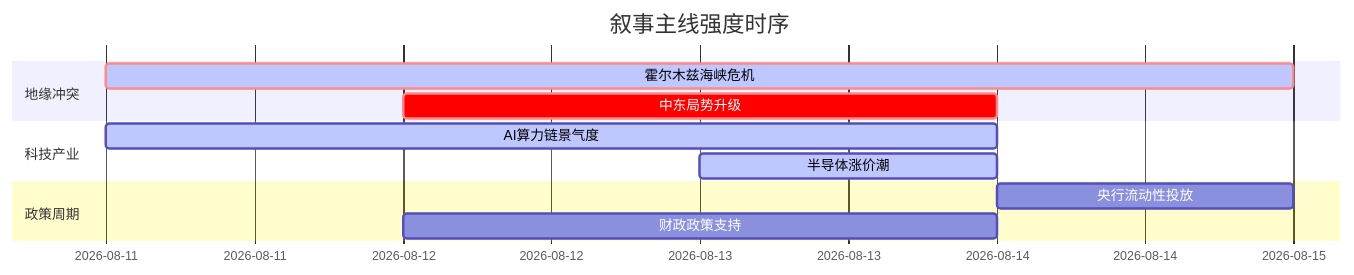
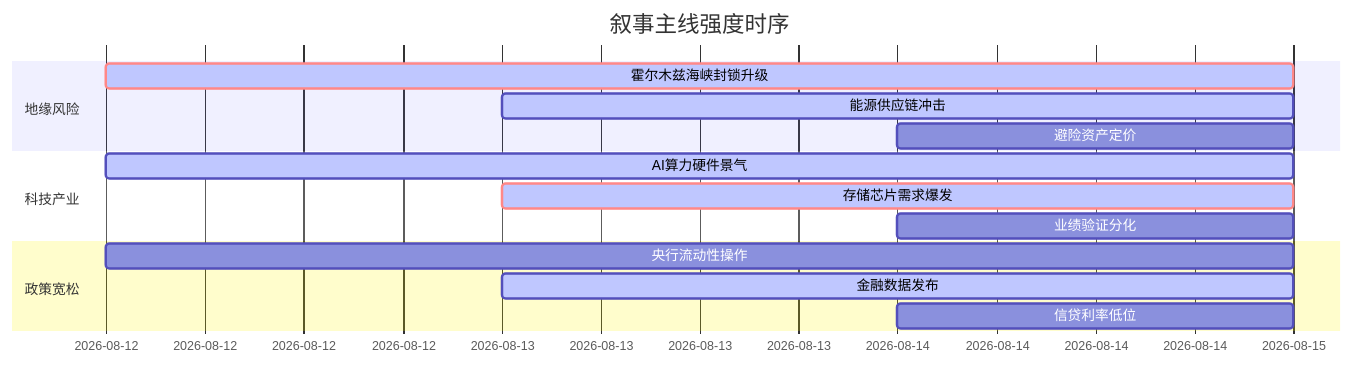
The diagram in 5day_report.md (uu5zn/uu5zn.github.io), drawn with Mermaid before and after one commit. The commit also changed other lines of this file and 24 other files, not shown here.

````diff
--- a/5day_report.md
+++ b/5day_report.md
@@ -58,16 +56,19 @@
 ```mermaid
 gantt
     title 叙事主线强度时序
     dateFormat YYYY-MM-DD
-    section 地缘冲突
-    霍尔木兹海峡危机   :crit, active, 2026-08-11, 4d
-    中东局势升级       :crit, 2026-08-12, 2d
+    section 地缘风险
+    霍尔木兹海峡封锁升级   :crit, active, 2026-08-12, 3d
+    能源供应链冲击   :active, 2026-08-13, 2d
+    避险资产定价   :2026-08-14, 1d
     
     section 科技产业
-    AI算力链景气度     :active, 2026-08-11, 3d
-    半导体涨价潮       :active, 2026-08-13, 1d
+    AI算力硬件景气   :active, 2026-08-12, 3d
+    存储芯片需求爆发   :crit, active, 2026-08-13, 2d
+    业绩验证分化   :2026-08-14, 1d
     
-    section 政策周期
-    央行流动性投放     :2026-08-14, 1d
-    财政政策支持       :2026-08-12, 2d
+    section 政策宽松
+    央行流动性操作   :2026-08-12, 3d
+    金融数据发布   :active, 2026-08-13, 2d
+    信贷利率低位   :2026-08-14, 1d
 ```
````
